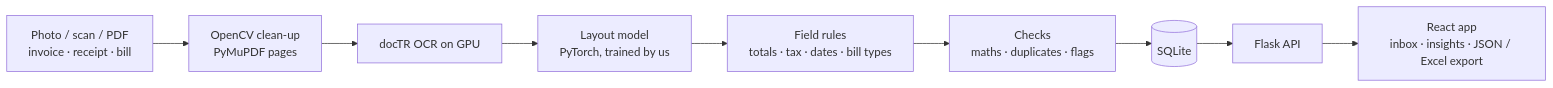
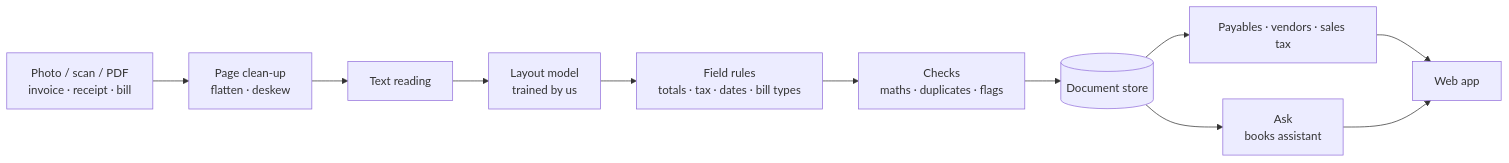
The diagram in README.md (twinstack-studio/documind), drawn with Mermaid before and after one commit. The commit also changed other lines of this file and 10 other files, not shown here.

````diff
--- a/README.md
+++ b/README.md
@@ -48,11 +57,13 @@
 ```mermaid
 flowchart LR
-  IN[Photo / scan / PDF<br/>invoice · receipt · bill] --> PRE[OpenCV clean-up<br/>PyMuPDF pages]
-  PRE --> OCR[docTR OCR on GPU]
-  OCR --> LAY[Layout model<br/>PyTorch, trained by us]
+  IN[Photo / scan / PDF<br/>invoice · receipt · bill] --> PRE[Page clean-up<br/>flatten · deskew]
+  PRE --> OCR[Text reading]
+  OCR --> LAY[Layout model<br/>trained by us]
   LAY --> KV[Field rules<br/>totals · tax · dates · bill types]
   KV --> CHK[Checks<br/>maths · duplicates · flags]
-  CHK --> DB[(SQLite)]
-  DB --> API[Flask API]
-  API --> UI[React app<br/>inbox · insights · JSON / Excel export]
+  CHK --> DB[(Document store)]
+  DB --> AP[Payables · vendors · sales tax]
+  DB --> ASK[Ask<br/>books assistant]
+  AP --> UI[Web app]
+  ASK --> UI
 ```
````
